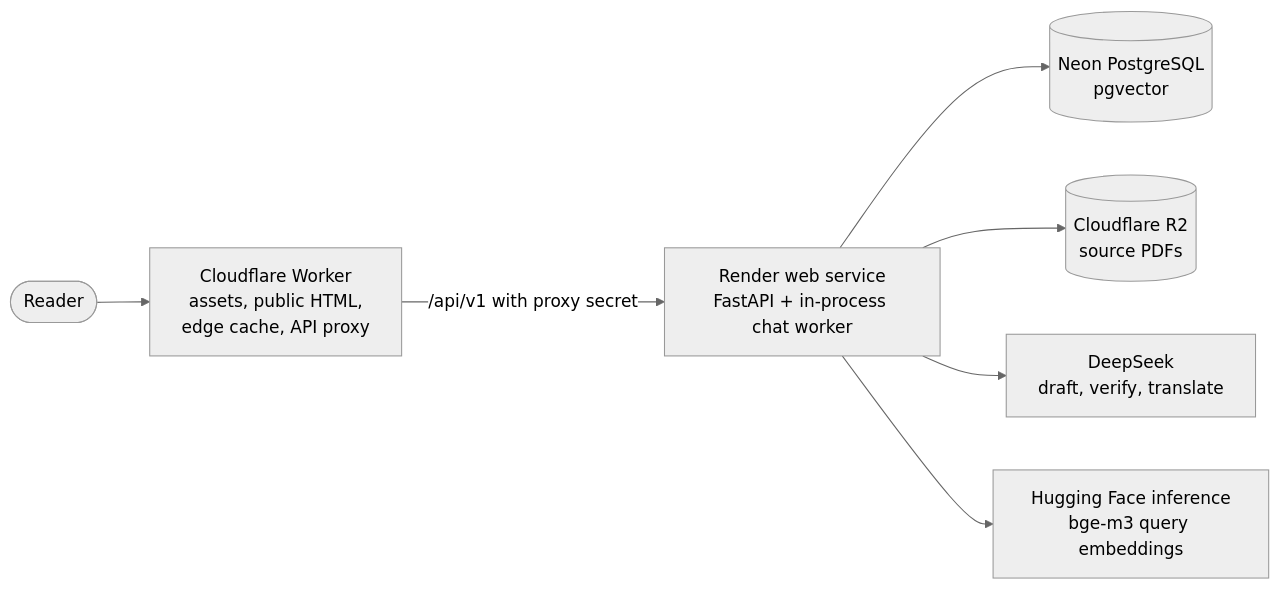
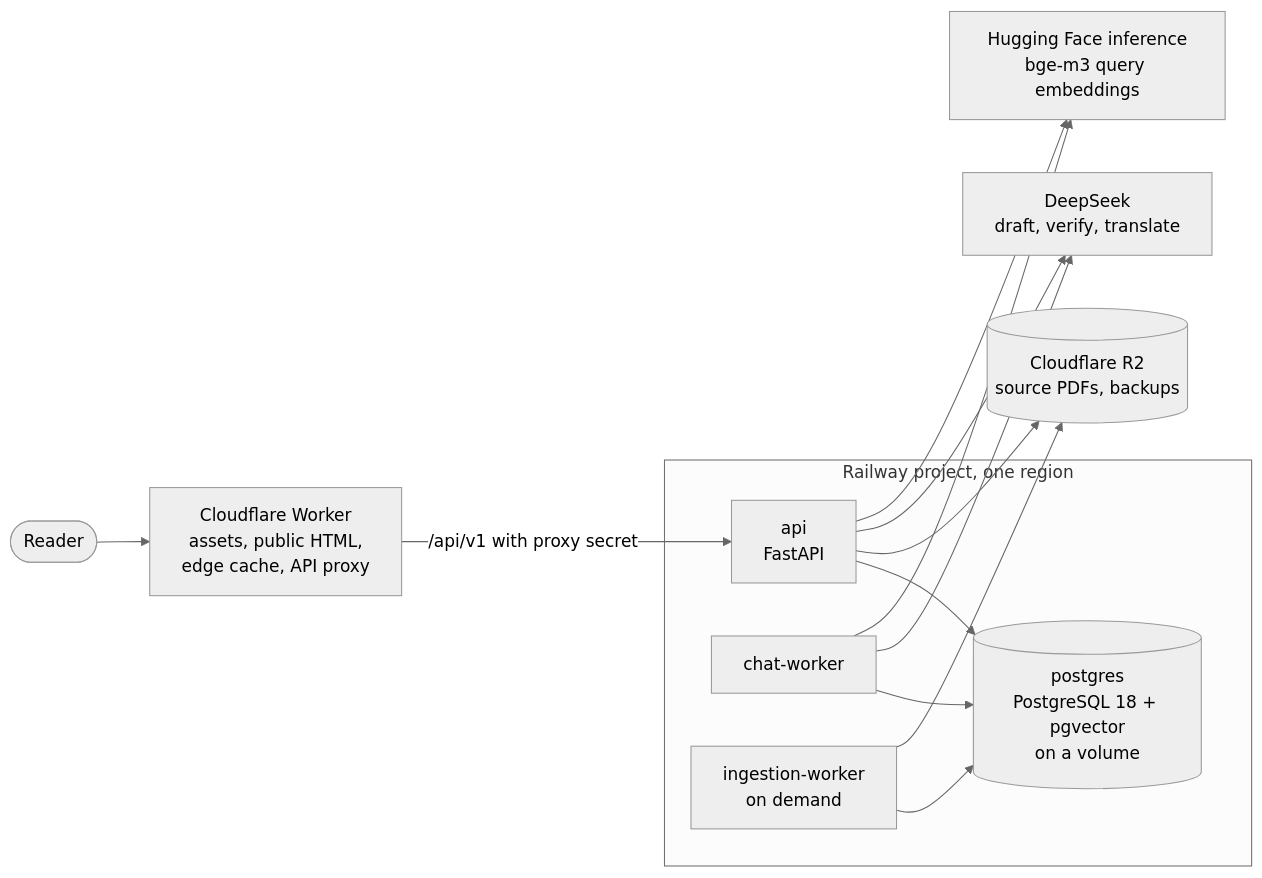
Before and after one commit to donkizzy/law-padi: the diagram in docs/architecture.md, drawn with Mermaid (neutral theme). The commit also changed other lines of this file and 12 other files, not shown here.

First line of the commit message:
docs: describe the Railway topology and mark the Render files as being retired

````diff
--- a/docs/architecture.md
+++ b/docs/architecture.md
@@ -334,9 +334,20 @@
 ```mermaid
 flowchart LR
   reader([Reader]) --> worker[Cloudflare Worker<br/>assets, public HTML,<br/>edge cache, API proxy]
-  worker -->|/api/v1 with proxy secret| api[Render web service<br/>FastAPI + in-process chat worker]
-  api --> neon[(Neon PostgreSQL<br/>pgvector)]
-  api --> r2[(Cloudflare R2<br/>source PDFs)]
-  api --> llm[DeepSeek<br/>draft, verify, translate]
+  worker -->|/api/v1 with proxy secret| api
+  subgraph railway[Railway project, one region]
+    api[api<br/>FastAPI]
+    chat[chat-worker]
+    ingest[ingestion-worker<br/>on demand]
+    pg[(postgres<br/>PostgreSQL 18 + pgvector<br/>on a volume)]
+    api --> pg
+    chat --> pg
+    ingest --> pg
+  end
+  api --> r2[(Cloudflare R2<br/>source PDFs, backups)]
+  ingest --> r2
+  chat --> llm[DeepSeek<br/>draft, verify, translate]
+  api --> llm
   api --> emb[Hugging Face inference<br/>bge-m3 query embeddings]
+  chat --> emb
 ```
````
